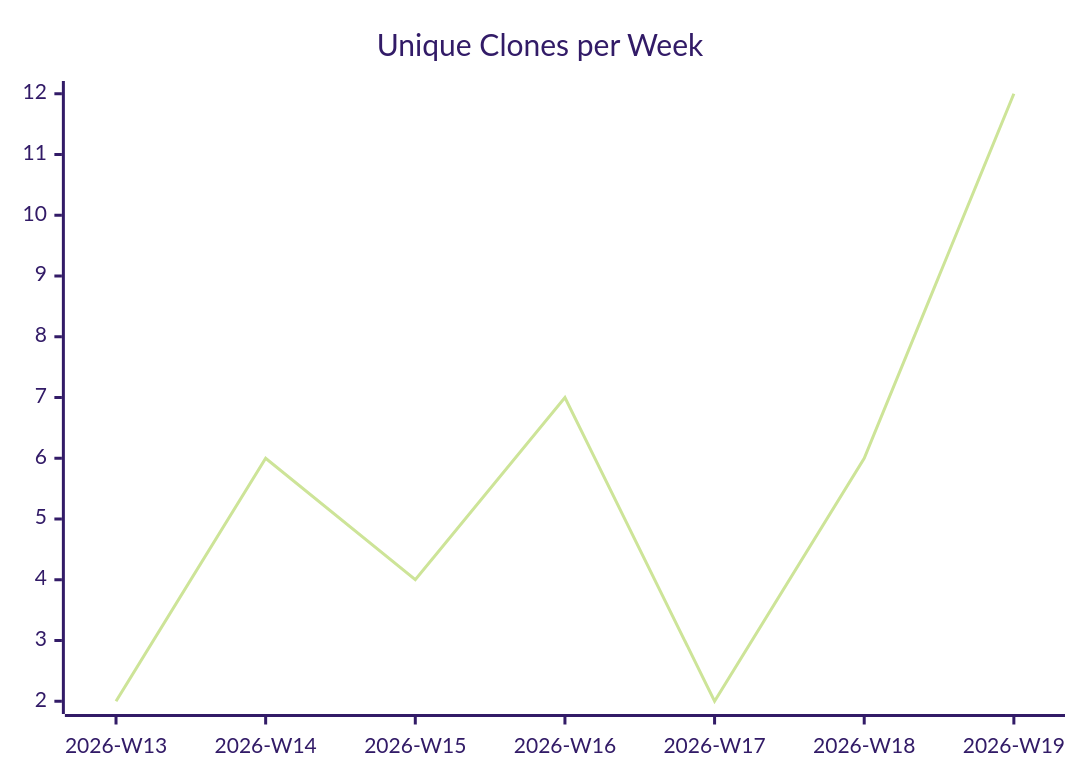
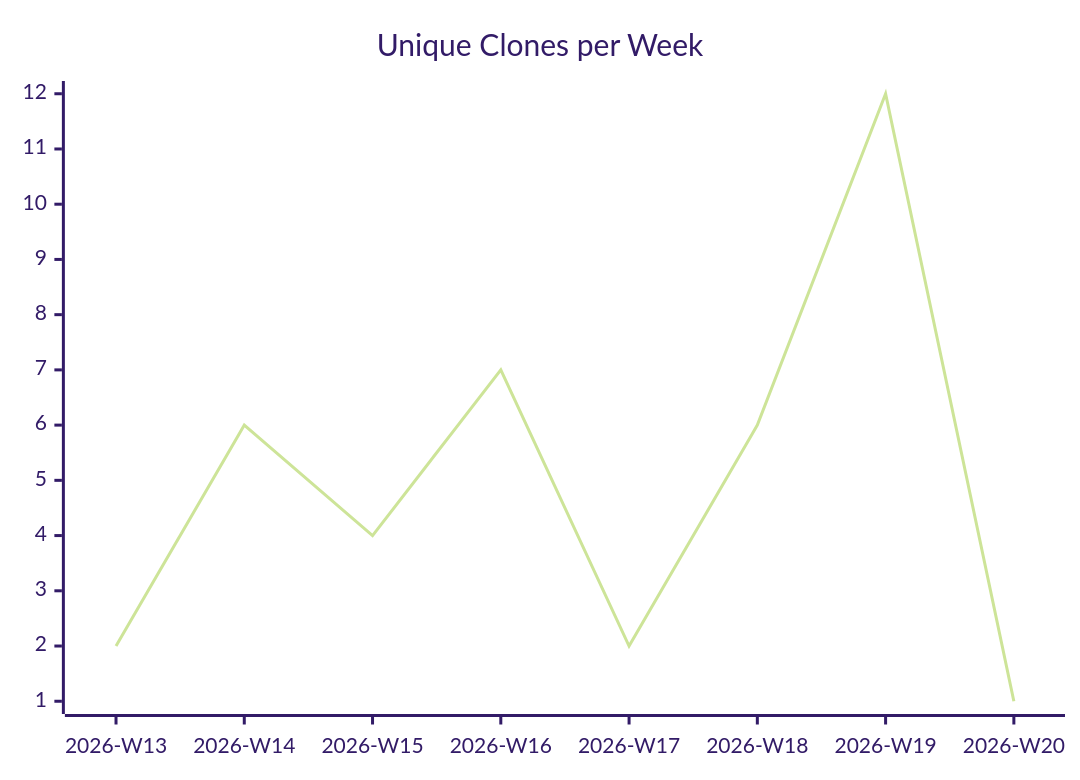
One commit to justdavis-family/github-analytics-data changed the third of 3 diagrams in karlmdavis/obsidian-operator/README.md. Above: the diagram before and after it, drawn with Mermaid (forest theme). The commit also changed other lines of this file and 176 other files, not shown here.

````diff
--- a/karlmdavis/obsidian-operator/README.md
+++ b/karlmdavis/obsidian-operator/README.md
@@ -19,6 +19,6 @@
 ```mermaid
 xychart-beta
   title "Unique Clones per Week"
-  x-axis ["2026-W13", "2026-W14", "2026-W15", "2026-W16", "2026-W17", "2026-W18", "2026-W19"]
-  line [2, 6, 4, 7, 2, 6, 12]
+  x-axis ["2026-W13", "2026-W14", "2026-W15", "2026-W16", "2026-W17", "2026-W18", "2026-W19", "2026-W20"]
+  line [2, 6, 4, 7, 2, 6, 12, 1]
 ```
````
